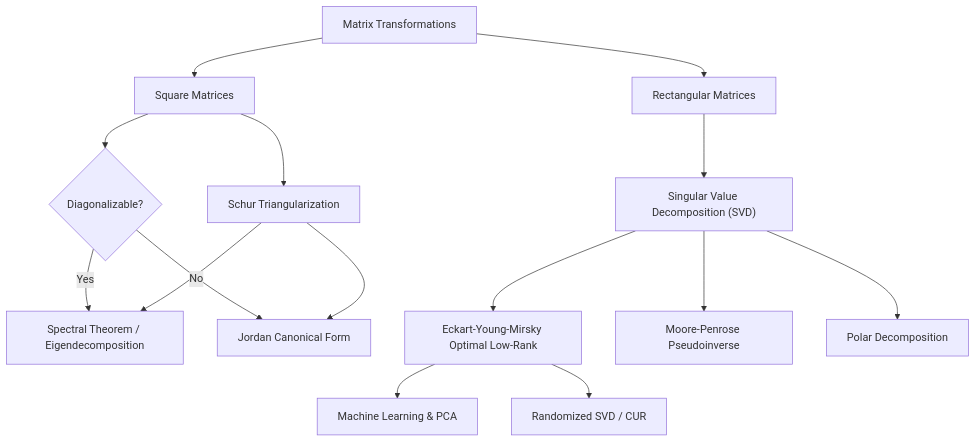
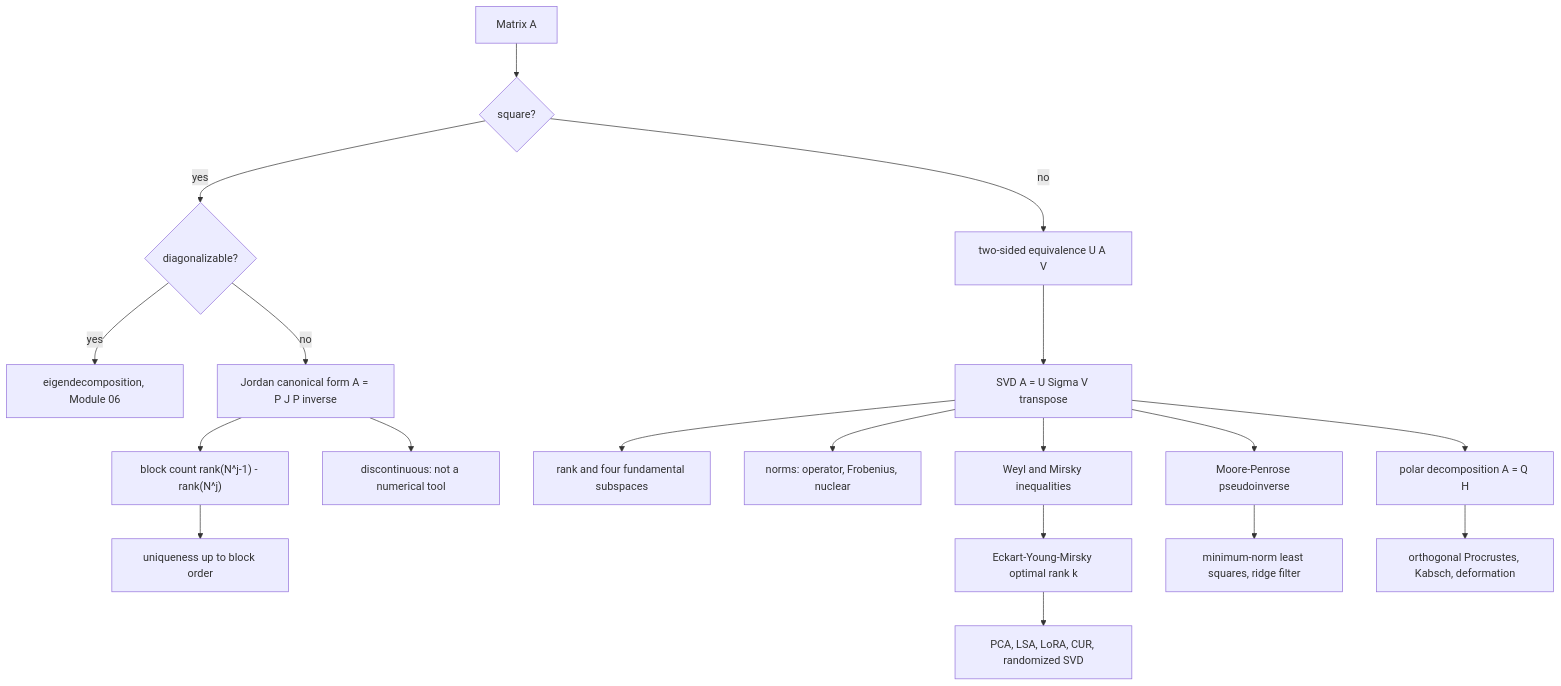
Before and after one commit to hien078/applied-mathematics-foundation: the diagram in linear_algebra/07_canonical_forms_and_svd/README.md, drawn with Mermaid. The commit also changed other lines of this file and 150 other files, not shown here.

````diff
--- a/linear_algebra/07_canonical_forms_and_svd/README.md
+++ b/linear_algebra/07_canonical_forms_and_svd/README.md
@@ -44,21 +71,21 @@
 ```mermaid
 graph TD
-    A["Matrix Transformations"] --> B["Square Matrices"]
-    A --> C["Rectangular Matrices"]
-    
-    B --> D{"Diagonalizable?"}
-    D -- "Yes" --> E["Spectral Theorem / Eigendecomposition"]
-    D -- "No" --> F["Jordan Canonical Form"]
-    
-    B --> G["Schur Triangularization"]
-    G --> E
-    G --> F
-    
-    C --> H["Singular Value Decomposition (SVD)"]
-    H --> I["Eckart-Young-Mirsky Optimal Low-Rank"]
-    H --> J["Moore-Penrose Pseudoinverse"]
-    H --> K["Polar Decomposition"]
-    
-    I --> L["Machine Learning & PCA"]
-    I --> M["Randomized SVD / CUR"]
+    A["Matrix A"] --> B{"square?"}
+    B -->|no| S["two-sided equivalence U A V"]
+    B -->|yes| C{"diagonalizable?"}
+    C -->|yes| D["eigendecomposition, Module 06"]
+    C -->|no| E["Jordan canonical form A = P J P inverse"]
+    E --> F["block count rank(N^j-1) - rank(N^j)"]
+    F --> G["uniqueness up to block order"]
+    E --> H["discontinuous: not a numerical tool"]
+    S --> I["SVD A = U Sigma V transpose"]
+    I --> J["rank and four fundamental subspaces"]
+    I --> K["norms: operator, Frobenius, nuclear"]
+    I --> L["Weyl and Mirsky inequalities"]
+    L --> M["Eckart-Young-Mirsky optimal rank k"]
+    I --> N["Moore-Penrose pseudoinverse"]
+    N --> O["minimum-norm least squares, ridge filter"]
+    I --> P["polar decomposition A = Q H"]
+    P --> Q["orthogonal Procrustes, Kabsch, deformation"]
+    M --> R["PCA, LSA, LoRA, CUR, randomized SVD"]
 ```
````
